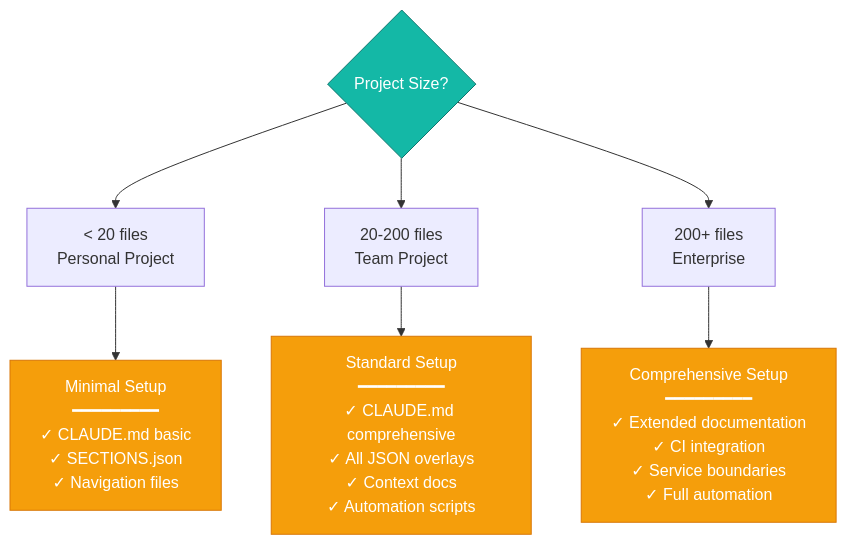
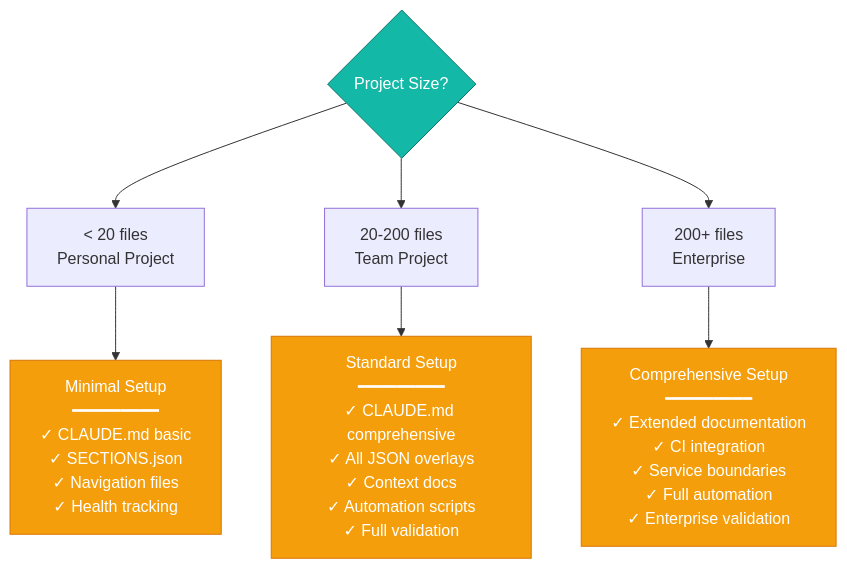
One commit to justfinethanku/ultra-doc changed the eighth of 10 diagrams in README.md. Above: the diagram before and after it, drawn with Mermaid. The commit also changed other lines of this file, not shown here.

````diff
--- a/README.md
+++ b/README.md
@@ -457,15 +802,15 @@
 ```mermaid
 graph TD
     Start{Project Size?} --> Small[< 20 files<br/>Personal Project]
     Start --> Medium[20-200 files<br/>Team Project]
     Start --> Large[200+ files<br/>Enterprise]
 
-    Small --> Minimal[Minimal Setup<br/>━━━━━━━━━<br/>✓ CLAUDE.md basic<br/>✓ SECTIONS.json<br/>✓ Navigation files]
-    Medium --> Standard[Standard Setup<br/>━━━━━━━━━<br/>✓ CLAUDE.md comprehensive<br/>✓ All JSON overlays<br/>✓ Context docs<br/>✓ Automation scripts]
-    Large --> Comprehensive[Comprehensive Setup<br/>━━━━━━━━━<br/>✓ Extended documentation<br/>✓ CI integration<br/>✓ Service boundaries<br/>✓ Full automation]
+    Small --> Minimal[Minimal Setup<br/>━━━━━━━━━<br/>✓ CLAUDE.md basic<br/>✓ SECTIONS.json<br/>✓ Navigation files<br/>✓ Health tracking]
+    Medium --> Standard[Standard Setup<br/>━━━━━━━━━<br/>✓ CLAUDE.md comprehensive<br/>✓ All JSON overlays<br/>✓ Context docs<br/>✓ Automation scripts<br/>✓ Full validation]
+    Large --> Comprehensive[Comprehensive Setup<br/>━━━━━━━━━<br/>✓ Extended documentation<br/>✓ CI integration<br/>✓ Service boundaries<br/>✓ Full automation<br/>✓ Enterprise validation]
 
     style Start fill:#14b8a6,stroke:#0f766e,color:#fff
     style Minimal fill:#f59e0b,stroke:#d97706,color:#fff
     style Standard fill:#f59e0b,stroke:#d97706,color:#fff
     style Comprehensive fill:#f59e0b,stroke:#d97706,color:#fff
 ```
````
